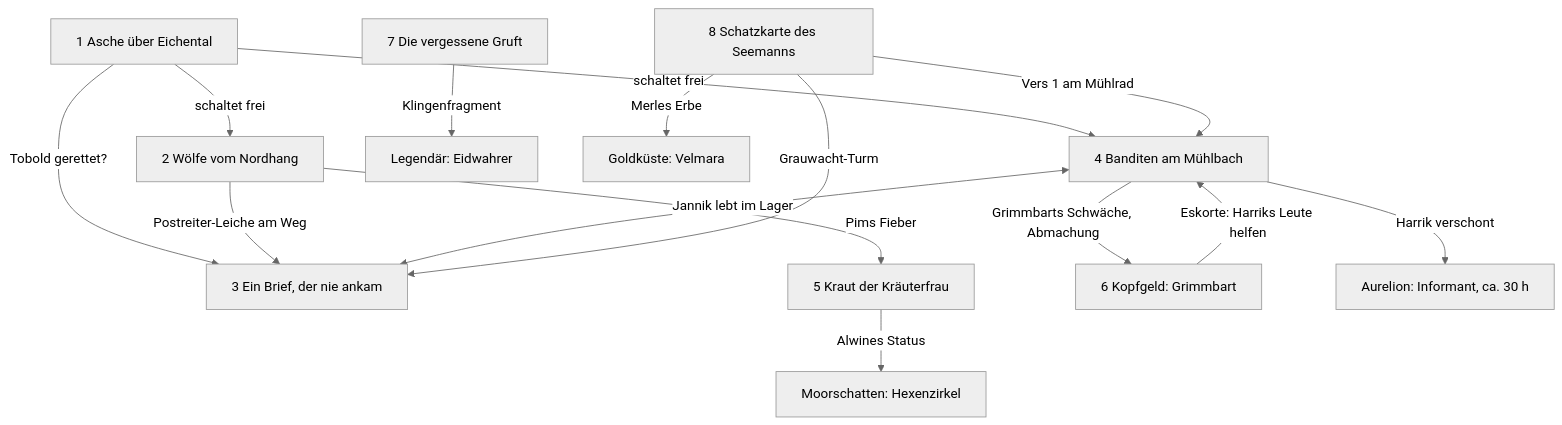
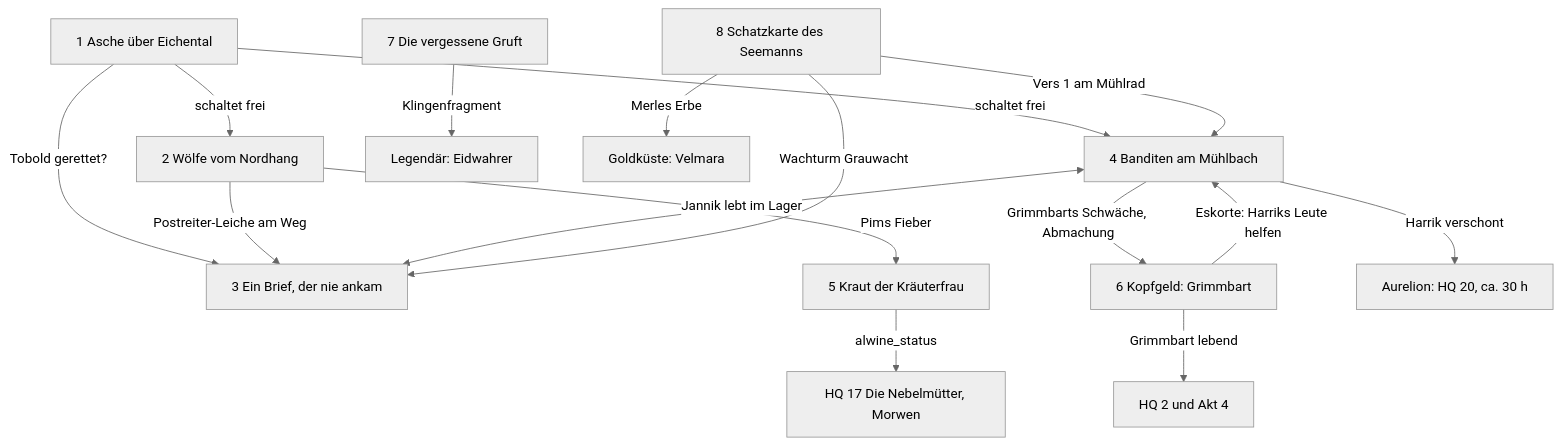
The fifth of 5 diagrams in docs/GDD/02_Quests_und_Dialoge.md (porcherliam-glitch/liam), drawn with Mermaid (neutral theme) before and after one commit. The commit also changed other lines of this file and 5 other files, not shown here.

````diff
--- a/docs/GDD/02_Quests_und_Dialoge.md
+++ b/docs/GDD/02_Quests_und_Dialoge.md
@@ -1010,17 +1107,18 @@
 ```mermaid
 flowchart TD
   Q1["1 Asche über Eichental"] -->|"schaltet frei"| Q2["2 Wölfe vom Nordhang"]
   Q1 -->|"schaltet frei"| Q4["4 Banditen am Mühlbach"]
   Q1 -->|"Tobold gerettet?"| Q3["3 Ein Brief, der nie ankam"]
   Q2 -->|"Postreiter-Leiche am Weg"| Q3
   Q2 -->|"Pims Fieber"| Q5["5 Kraut der Kräuterfrau"]
   Q4 <-->|"Jannik lebt im Lager"| Q3
   Q4 -->|"Grimmbarts Schwäche, Abmachung"| Q6["6 Kopfgeld: Grimmbart"]
   Q6 -->|"Eskorte: Harriks Leute helfen"| Q4
   Q8["8 Schatzkarte des Seemanns"] -->|"Vers 1 am Mühlrad"| Q4
-  Q8 -->|"Grauwacht-Turm"| Q3
+  Q8 -->|"Wachturm Grauwacht"| Q3
   Q7["7 Die vergessene Gruft"] -->|"Klingenfragment"| L["Legendär: Eidwahrer"]
-  Q4 -->|"Harrik verschont"| A["Aurelion: Informant, ca. 30 h"]
-  Q5 -->|"Alwines Status"| M["Moorschatten: Hexenzirkel"]
-  Q8 -->|"Merles Erbe"| G["Goldküste: Velmara"]
+  Q4 -->|"Harrik verschont"| A["Aurelion: HQ 20, ca. 30 h"]
+  Q5 -->|"alwine_status"| M["HQ 17 Die Nebelmütter, Morwen"]
+  Q6 -->|"Grimmbart lebend"| G["HQ 2 und Akt 4"]
+  Q8 -->|"Merles Erbe"| V["Goldküste: Velmara"]
 ```
````
